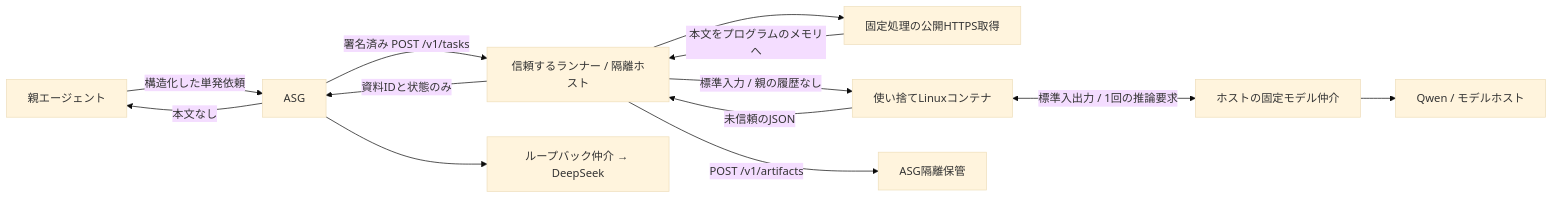
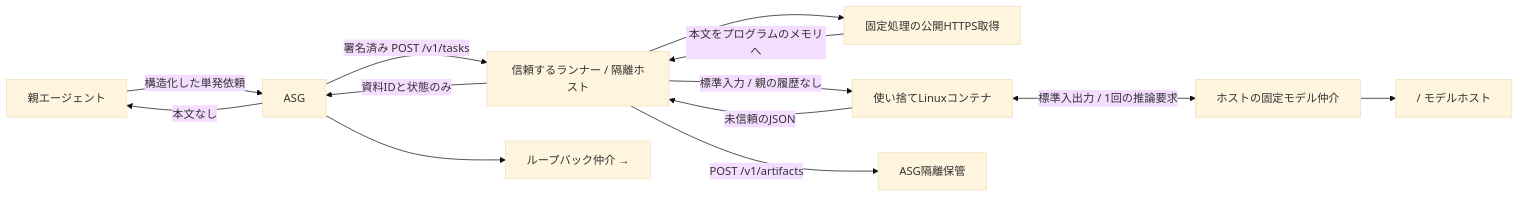
Before and after one commit to momiji-manjyuu/agent-security-gateway: the diagram in examples/disposable-search-agent/README.md, drawn with Mermaid (base theme). The commit also changed other lines of this file and 10 other files, not shown here.

````diff
--- a/examples/disposable-search-agent/README.md
+++ b/examples/disposable-search-agent/README.md
@@ -9,15 +9,15 @@
 ```mermaid
 flowchart LR
     P[親エージェント] -->|構造化した単発依頼| G[ASG]
     G -->|署名済み POST /v1/tasks| R[信頼するランナー / 隔離ホスト]
     R --> F[固定処理の公開HTTPS取得]
     F -->|本文をプログラムのメモリへ| R
     R -->|標準入力 / 親の履歴なし| C[使い捨てLinuxコンテナ]
     C -->|未信頼のJSON| R
     C <-->|標準入出力 / 1回の推論要求| B[ホストの固定モデル仲介]
-    B --> M[Qwen / モデルホスト]
-    G --> D[ループバック仲介 → DeepSeek]
+    B --> M[<WORKER_MODEL> / モデルホスト]
+    G --> D[ループバック仲介 → <INSPECTOR_MODEL>]
     R -->|POST /v1/artifacts| Q[ASG隔離保管]
     R -->|資料IDと状態のみ| G
     G -->|本文なし| P
 ```
````
